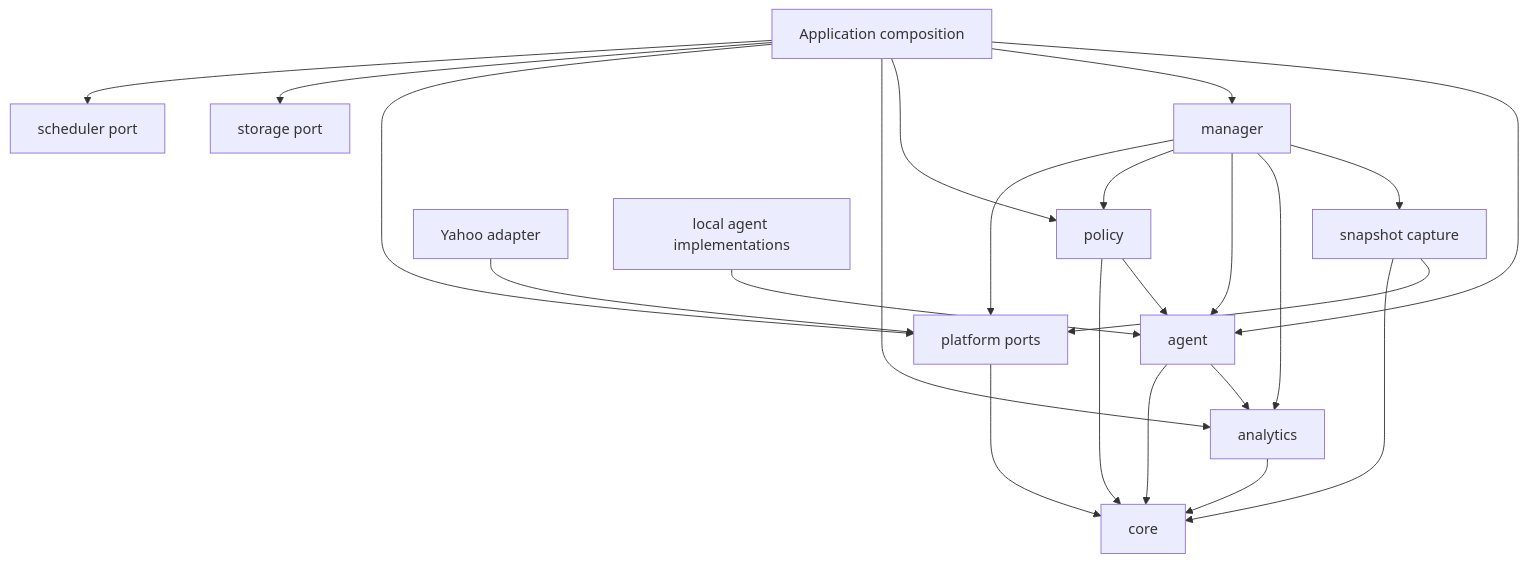
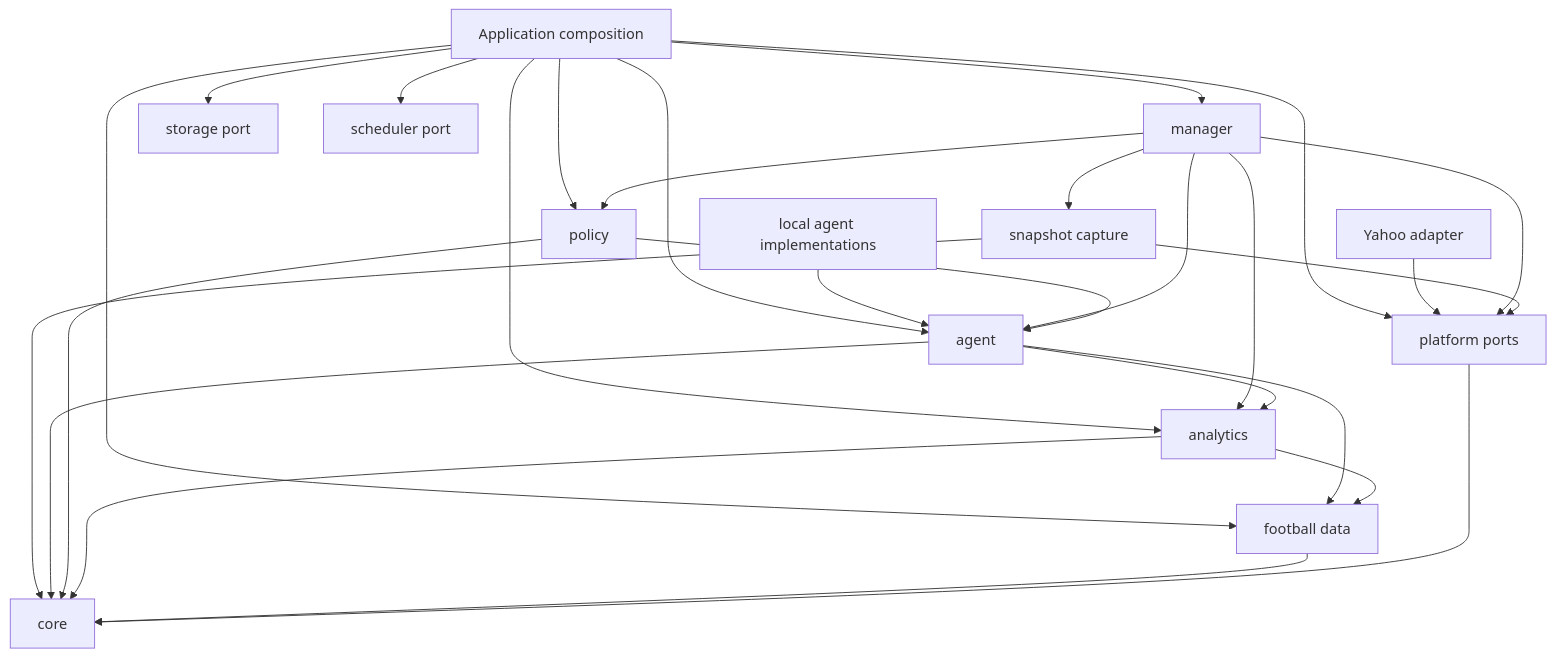
The diagram in docs/ARCHITECTURE.md (spencer-dye/eggbot), drawn with Mermaid before and after one commit. The commit also changed other lines of this file and 25 other files, not shown here.

````diff
--- a/docs/ARCHITECTURE.md
+++ b/docs/ARCHITECTURE.md
@@ -26,25 +27,29 @@
 ```mermaid
 flowchart TD
   CLI[Application composition] --> A[agent]
   CLI --> M[manager]
   CLI --> P[policy]
   CLI --> N[analytics]
+  CLI --> F[football data]
   CLI --> FP[platform ports]
   CLI --> S[storage port]
   CLI --> J[scheduler port]
   Y[Yahoo adapter] --> FP
   AL[local agent implementations] --> A
   M --> LS
   M --> N
   M --> A
   M --> P
   M --> FP
   LS[snapshot capture] --> FP
   LS --> C
   A --> N
+  A --> F
   A --> C[core]
   P --> A
   P --> C
   N --> C
+  N --> F
+  F --> C
   FP --> C
 ```
````
